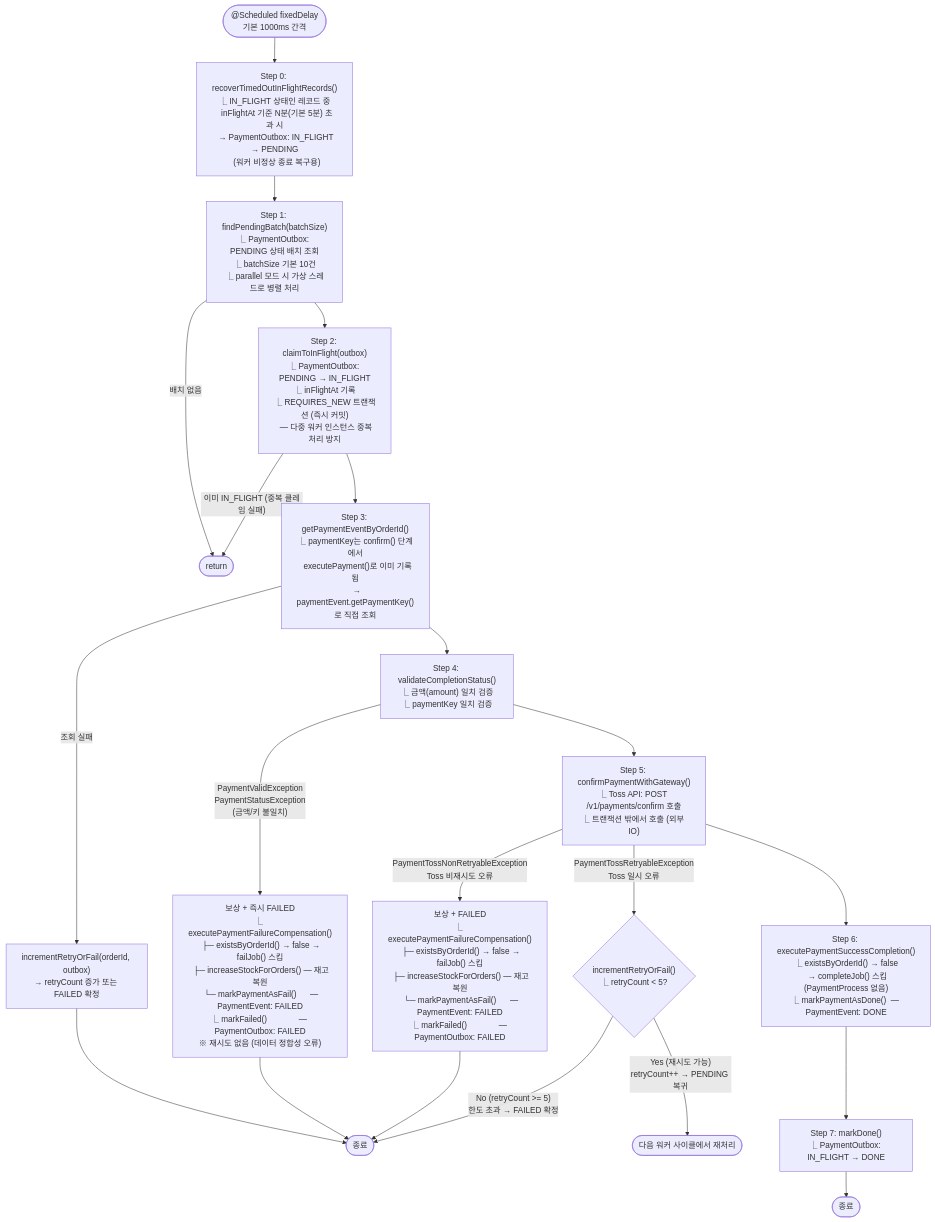
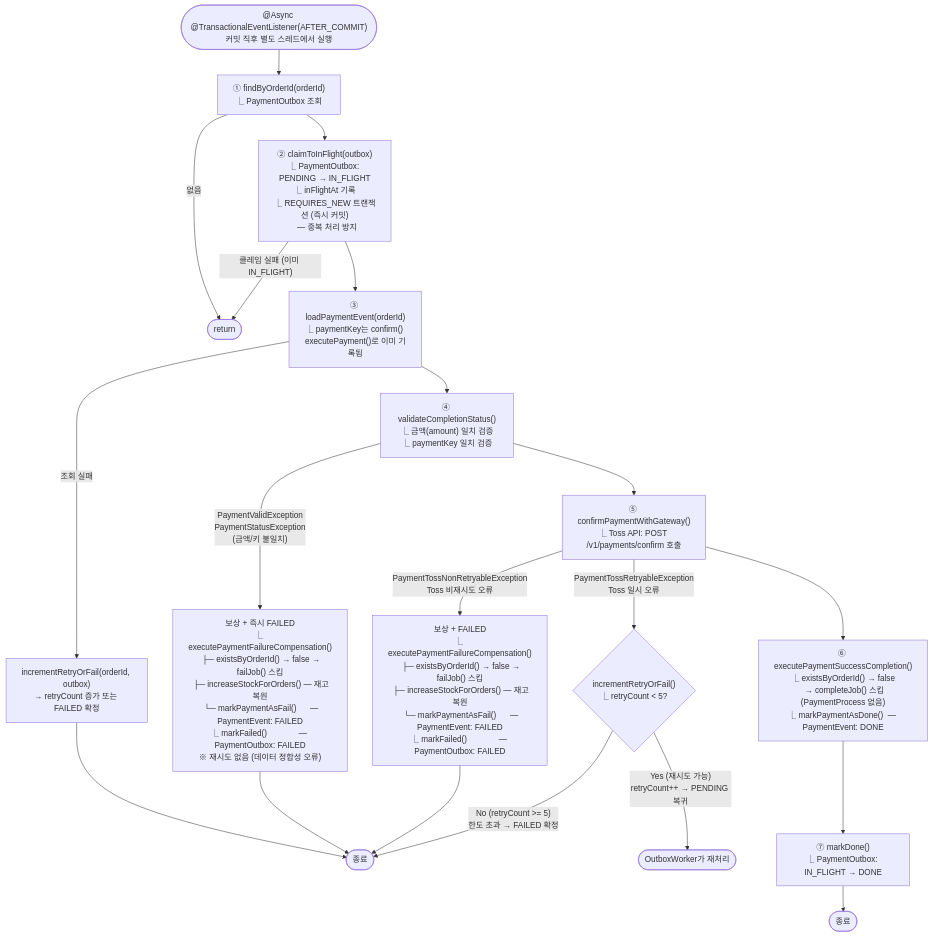
The third of 8 diagrams in docs/context/CONFIRM-FLOW-FLOWCHART.md (hyoguoo/payment-platform), drawn with Mermaid before and after one commit. The commit also changed other lines of this file and 2 other files, not shown here.

First line of the commit message:
docs: context 문서를 Outbox 즉시 처리 전략에 맞게 갱신

````diff
--- a/docs/context/CONFIRM-FLOW-FLOWCHART.md
+++ b/docs/context/CONFIRM-FLOW-FLOWCHART.md
@@ -120,44 +126,41 @@
 ```mermaid
 flowchart TD
-    S(["@Scheduled fixedDelay\n기본 1000ms 간격"]) --> R
+    EV(["@Async @TransactionalEventListener(AFTER_COMMIT)\n커밋 직후 별도 스레드에서 실행"]) --> O
 
-    R["Step 0: recoverTimedOutInFlightRecords()\n⎿ IN_FLIGHT 상태인 레코드 중\n  inFlightAt 기준 N분(기본 5분) 초과 시\n  → PaymentOutbox: IN_FLIGHT → PENDING\n  (워커 비정상 종료 복구용)"]
-    R --> P
+    O["① findByOrderId(orderId)\n⎿ PaymentOutbox 조회"]
+    O -->|없음| SKIP([return])
+    O --> C
 
-    P["Step 1: findPendingBatch(batchSize)\n⎿ PaymentOutbox: PENDING 상태 배치 조회\n⎿ batchSize 기본 10건\n⎿ parallel 모드 시 가상 스레드로 병렬 처리"]
-    P -->|배치 없음| SKIP([return])
-    P --> C
-
-    C["Step 2: claimToInFlight(outbox)\n⎿ PaymentOutbox: PENDING → IN_FLIGHT\n⎿ inFlightAt 기록\n⎿ REQUIRES_NEW 트랜잭션 (즉시 커밋)\n  — 다중 워커 인스턴스 중복 처리 방지"]
-    C -->|"이미 IN_FLIGHT (중복 클레임 실패)"| SKIP
+    C["② claimToInFlight(outbox)\n⎿ PaymentOutbox: PENDING → IN_FLIGHT\n⎿ inFlightAt 기록\n⎿ REQUIRES_NEW 트랜잭션 (즉시 커밋)\n  — 중복 처리 방지"]
+    C -->|"클레임 실패 (이미 IN_FLIGHT)"| SKIP
     C --> G
 
-    G["Step 3: getPaymentEventByOrderId()\n⎿ paymentKey는 confirm() 단계에서\n  executePayment()로 이미 기록됨\n  → paymentEvent.getPaymentKey()로 직접 조회"]
+    G["③ loadPaymentEvent(orderId)\n⎿ paymentKey는 confirm() executePayment()로 이미 기록됨"]
     G -->|조회 실패| G_FAIL
     G_FAIL["incrementRetryOrFail(orderId, outbox)\n→ retryCount 증가 또는 FAILED 확정"]
     G_FAIL --> Z_END([종료])
     G --> V
 
-    V["Step 4: validateCompletionStatus()\n⎿ 금액(amount) 일치 검증\n⎿ paymentKey 일치 검증"]
+    V["④ validateCompletionStatus()\n⎿ 금액(amount) 일치 검증\n⎿ paymentKey 일치 검증"]
     V -->|"PaymentValidException\nPaymentStatusException\n(금액/키 불일치)"| V_FAIL
     V_FAIL["보상 + 즉시 FAILED\n⎿ executePaymentFailureCompensation()\n  ├─ existsByOrderId() → false → failJob() 스킵\n  ├─ increaseStockForOrders() — 재고 복원\n  └─ markPaymentAsFail()      — PaymentEvent: FAILED\n⎿ markFailed()              — PaymentOutbox: FAILED\n※ 재시도 없음 (데이터 정합성 오류)"]
     V_FAIL --> Z_END
 
     V --> F
 
-    F["Step 5: confirmPaymentWithGateway()\n⎿ Toss API: POST /v1/payments/confirm 호출\n⎿ 트랜잭션 밖에서 호출 (외부 IO)"]
+    F["⑤ confirmPaymentWithGateway()\n⎿ Toss API: POST /v1/payments/confirm 호출"]
     F -->|PaymentTossNonRetryableException\nToss 비재시도 오류| F_NR
     F_NR["보상 + FAILED\n⎿ executePaymentFailureCompensation()\n  ├─ existsByOrderId() → false → failJob() 스킵\n  ├─ increaseStockForOrders() — 재고 복원\n  └─ markPaymentAsFail()      — PaymentEvent: FAILED\n⎿ markFailed()              — PaymentOutbox: FAILED"]
     F_NR --> Z_END
 
     F -->|PaymentTossRetryableException\nToss 일시 오류| F_R
     F_R{"incrementRetryOrFail()\n⎿ retryCount < 5?"}
-    F_R -->|"Yes (재시도 가능)\nretryCount++ → PENDING 복귀"| RETRY(["다음 워커 사이클에서 재처리"])
+    F_R -->|"Yes (재시도 가능)\nretryCount++ → PENDING 복귀"| RETRY(["OutboxWorker가 재처리"])
     F_R -->|"No (retryCount >= 5)\n한도 초과 → FAILED 확정"| Z_END
 
     F --> E
-    E["Step 6: executePaymentSuccessCompletion()\n⎿ existsByOrderId() → false\n  → completeJob() 스킵 (PaymentProcess 없음)\n⎿ markPaymentAsDone()  — PaymentEvent: DONE"]
+    E["⑥ executePaymentSuccessCompletion()\n⎿ existsByOrderId() → false\n  → completeJob() 스킵 (PaymentProcess 없음)\n⎿ markPaymentAsDone()  — PaymentEvent: DONE"]
     E --> D2
-    D2["Step 7: markDone()\n⎿ PaymentOutbox: IN_FLIGHT → DONE"]
+    D2["⑦ markDone()\n⎿ PaymentOutbox: IN_FLIGHT → DONE"]
     D2 --> Z_OK([종료])
 ```
````
